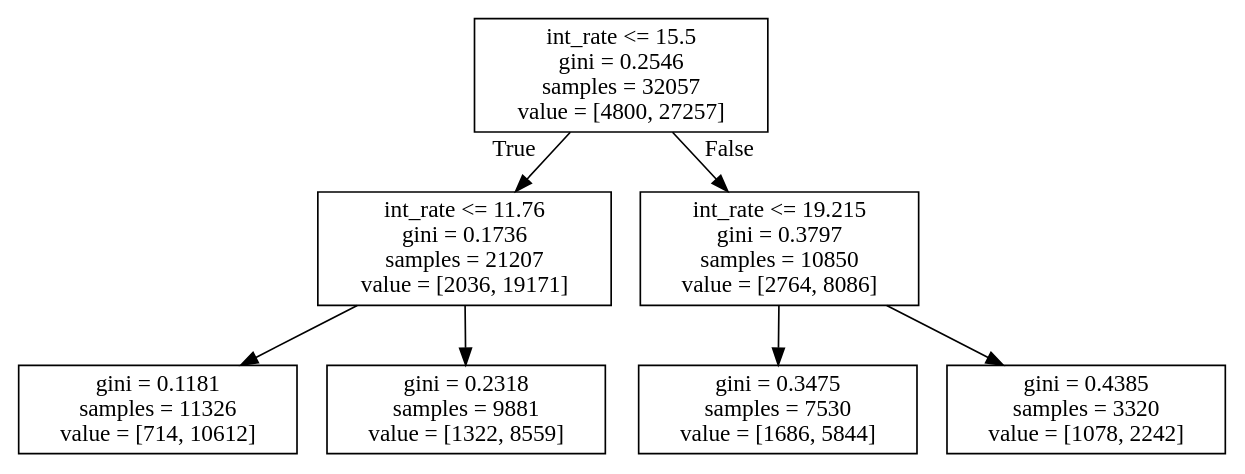
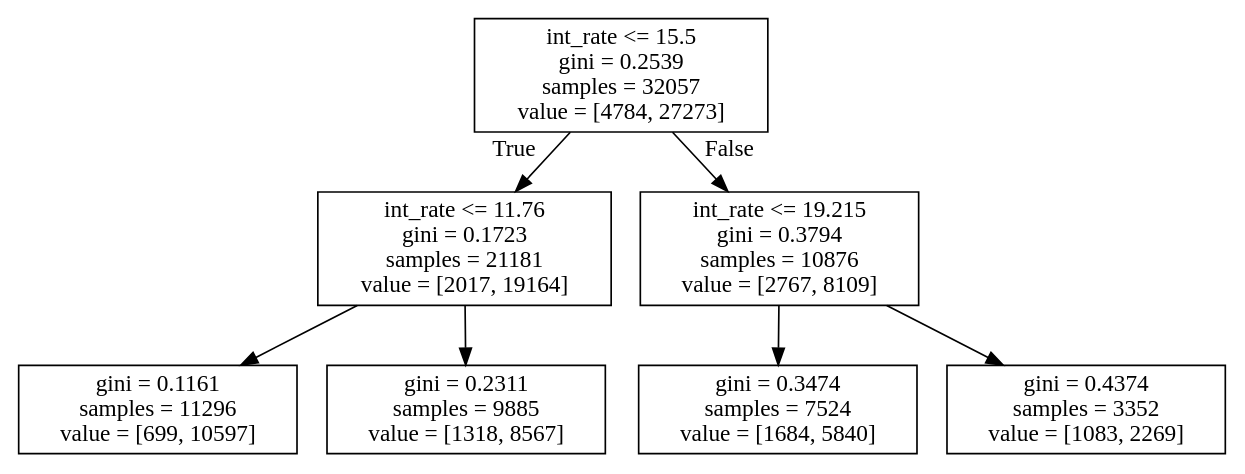
The diagram in tree1.dot (dominictabeta/DAT4Project), drawn with Graphviz before and after one commit. The commit also changed 1 other file, not shown here.

```diff
--- a/tree1.dot
+++ b/tree1.dot
@@ -1,16 +1,16 @@
 digraph Tree {
 node [shape=box] ;
-0 [label="int_rate <= 15.5\ngini = 0.2546\nsamples = 32057\nvalue = [4800, 27257]"] ;
-1 [label="int_rate <= 11.76\ngini = 0.1736\nsamples = 21207\nvalue = [2036, 19171]"] ;
+0 [label="int_rate <= 15.5\ngini = 0.2539\nsamples = 32057\nvalue = [4784, 27273]"] ;
+1 [label="int_rate <= 11.76\ngini = 0.1723\nsamples = 21181\nvalue = [2017, 19164]"] ;
 0 -> 1 [labeldistance=2.5, labelangle=45, headlabel="True"] ;
-2 [label="gini = 0.1181\nsamples = 11326\nvalue = [714, 10612]"] ;
+2 [label="gini = 0.1161\nsamples = 11296\nvalue = [699, 10597]"] ;
 1 -> 2 ;
-3 [label="gini = 0.2318\nsamples = 9881\nvalue = [1322, 8559]"] ;
+3 [label="gini = 0.2311\nsamples = 9885\nvalue = [1318, 8567]"] ;
 1 -> 3 ;
-4 [label="int_rate <= 19.215\ngini = 0.3797\nsamples = 10850\nvalue = [2764, 8086]"] ;
+4 [label="int_rate <= 19.215\ngini = 0.3794\nsamples = 10876\nvalue = [2767, 8109]"] ;
 0 -> 4 [labeldistance=2.5, labelangle=-45, headlabel="False"] ;
-5 [label="gini = 0.3475\nsamples = 7530\nvalue = [1686, 5844]"] ;
+5 [label="gini = 0.3474\nsamples = 7524\nvalue = [1684, 5840]"] ;
 4 -> 5 ;
-6 [label="gini = 0.4385\nsamples = 3320\nvalue = [1078, 2242]"] ;
+6 [label="gini = 0.4374\nsamples = 3352\nvalue = [1083, 2269]"] ;
 4 -> 6 ;
 }
```
